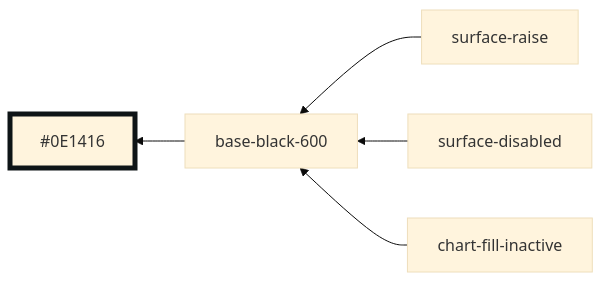
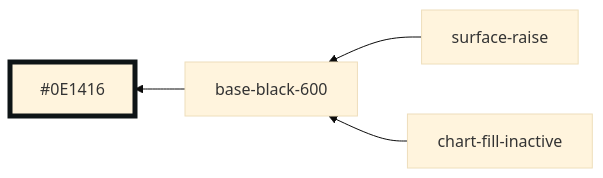
Before and after one commit to oxidecomputer/console: diagram 29 of 30 in libs/ui/styles/themes/main.md, drawn with Mermaid (base theme). The commit also changed other lines of this file and 4 other files, not shown here.

````diff
--- a/libs/ui/styles/themes/main.md
+++ b/libs/ui/styles/themes/main.md
@@ -363,9 +365,8 @@
 ```mermaid
 graph RL
   base-black-600 --> #0E1416:::base-black-600
   surface-raise --> base-black-600
-  surface-disabled --> base-black-600
   chart-fill-inactive --> base-black-600
 
   classDef base-black-600 stroke-width:5,stroke:#0E1416
 ```
````
